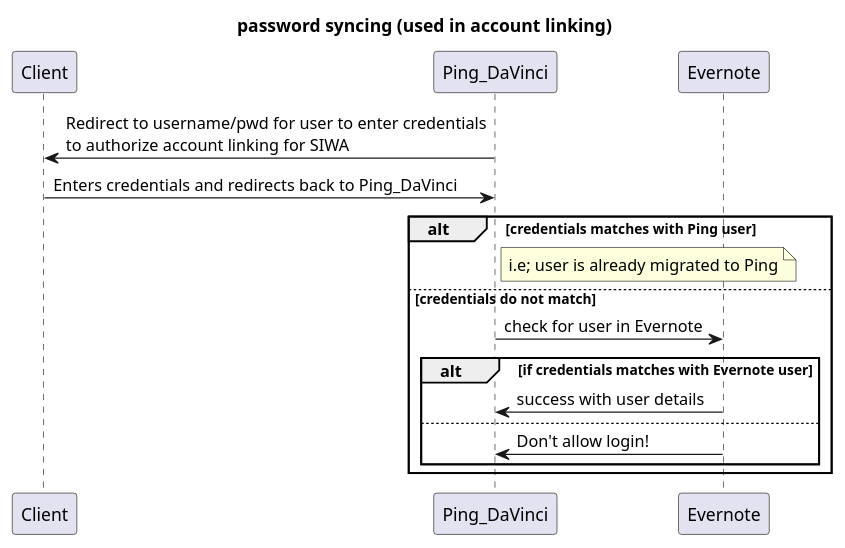
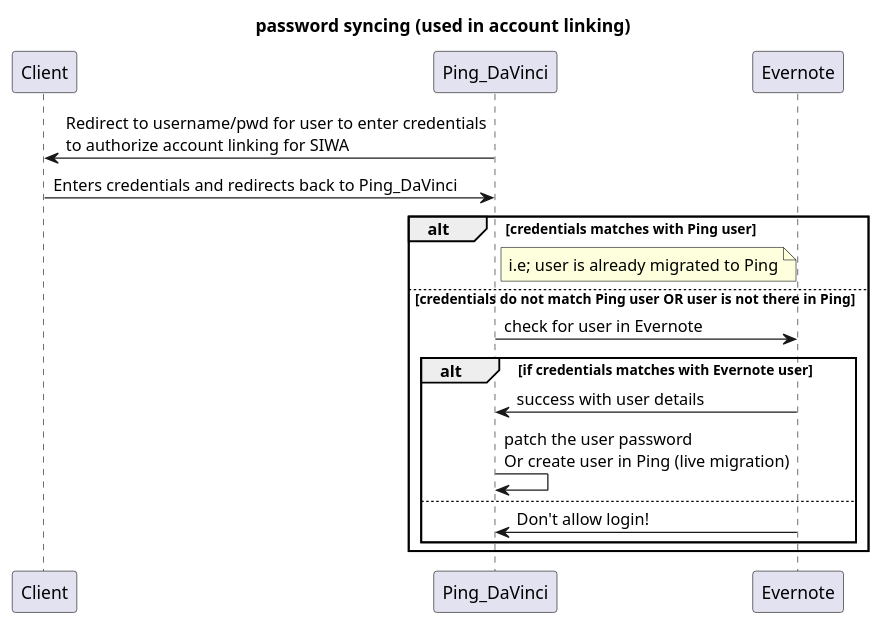
The diagram in SIWA_password_sync.puml (naganareshp/plant-uml-samples), drawn with PlantUML before and after one commit. The commit also changed 2 other files, not shown here.

```diff
--- a/SIWA_password_sync.puml
+++ b/SIWA_password_sync.puml
@@ -1,18 +1,19 @@
 @startuml
 title password syncing (used in account linking)
 participant Client
 participant Ping_DaVinci
 participant Evernote
 Ping_DaVinci->Client: Redirect to username/pwd for user to enter credentials\nto authorize account linking for SIWA
 Client->Ping_DaVinci: Enters credentials and redirects back to Ping_DaVinci
 alt  credentials matches with Ping user
     note right of Ping_DaVinci: i.e; user is already migrated to Ping
-else credentials do not match
+else credentials do not match Ping user OR user is not there in Ping
     Ping_DaVinci->Evernote: check for user in Evernote
     alt if credentials matches with Evernote user
         Evernote->Ping_DaVinci: success with user details
+        Ping_DaVinci->Ping_DaVinci: patch the user password\nOr create user in Ping (live migration)
     else
         Evernote->Ping_DaVinci: Don't allow login!
     end
 end
 @enduml
```
